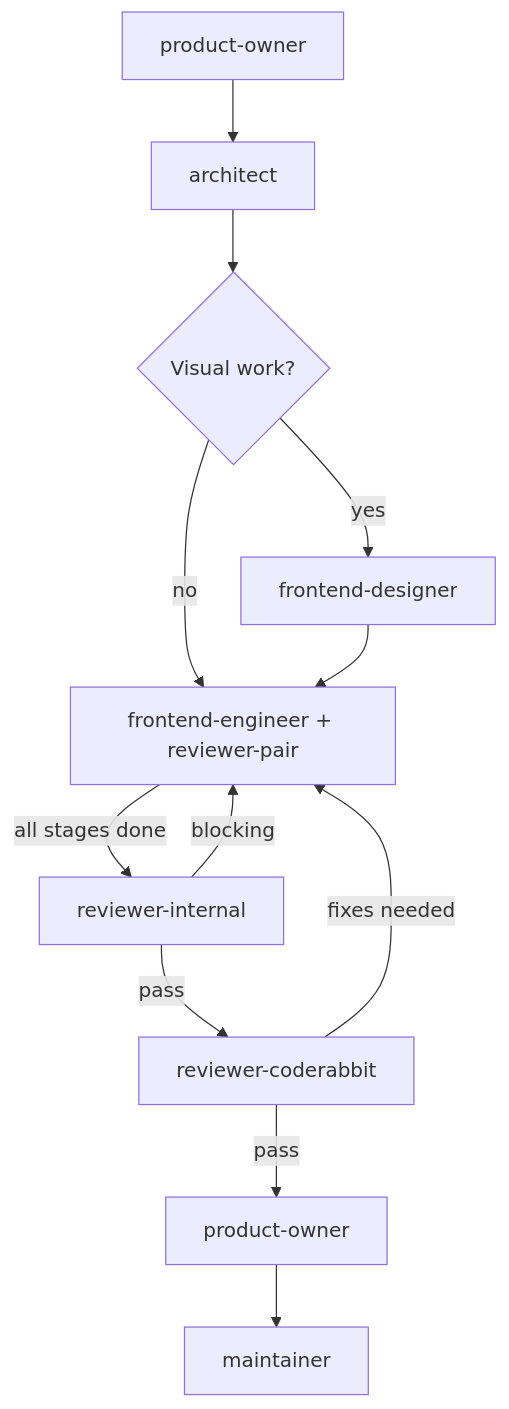
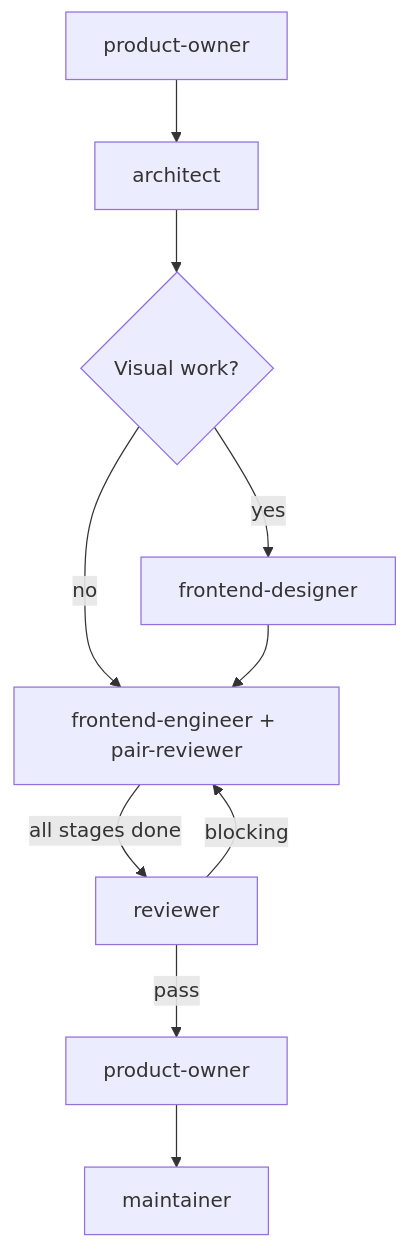
Before and after one commit to thiscantbeserious/ragts-learning-platform: the diagram in agents/skills/workflow/variants/frontend.md, drawn with Mermaid. The commit also changed other lines of this file and 10 other files, not shown here.

First line of the commit message:
chore(agents): consolidate reviewer agents, rename pair reviewer

````diff
--- a/agents/skills/workflow/variants/frontend.md
+++ b/agents/skills/workflow/variants/frontend.md
@@ -5,14 +5,12 @@
 ```mermaid
 graph TD
     PO1[product-owner] --> Arch[architect]
     Arch --> Des{Visual work?}
     Des -->|yes| FD[frontend-designer]
     Des -->|no| FE
-    FD --> FE[frontend-engineer + reviewer-pair]
-    FE -->|all stages done| IR[reviewer-internal]
-    IR -->|pass| CR[reviewer-coderabbit]
-    IR -->|blocking| FE
-    CR -->|pass| PO2[product-owner]
-    CR -->|fixes needed| FE
+    FD --> FE[frontend-engineer + pair-reviewer]
+    FE -->|all stages done| Rev[reviewer]
+    Rev -->|pass| PO2[product-owner]
+    Rev -->|blocking| FE
     PO2 --> M[maintainer]
 ```
````
